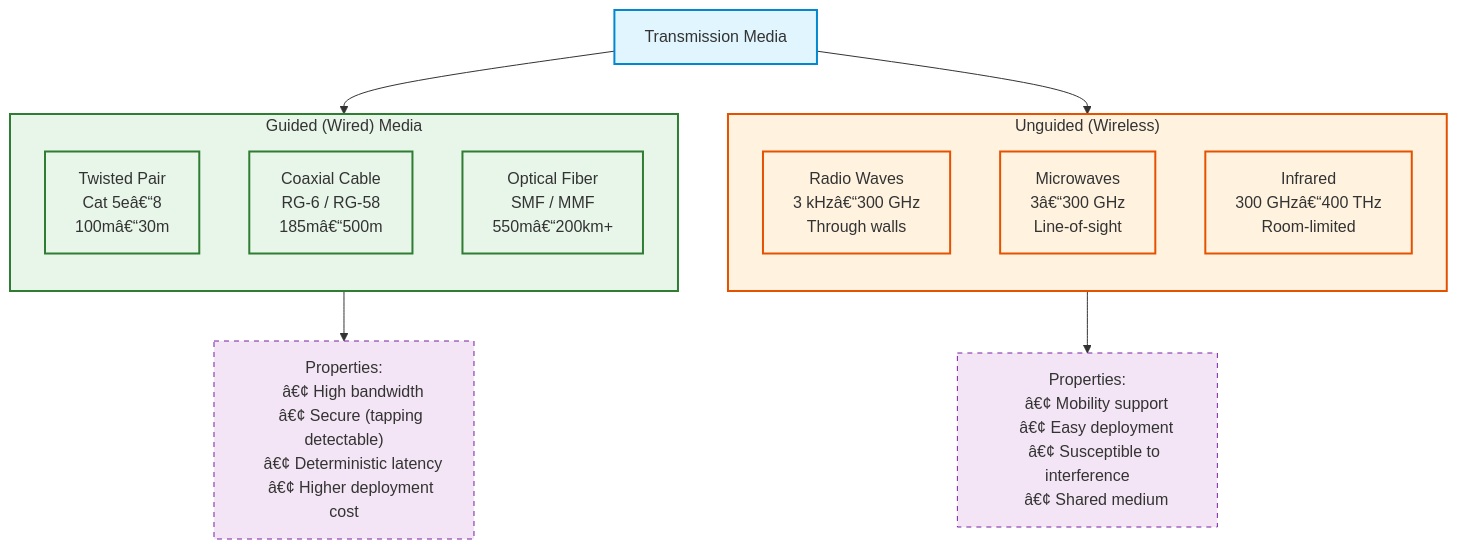
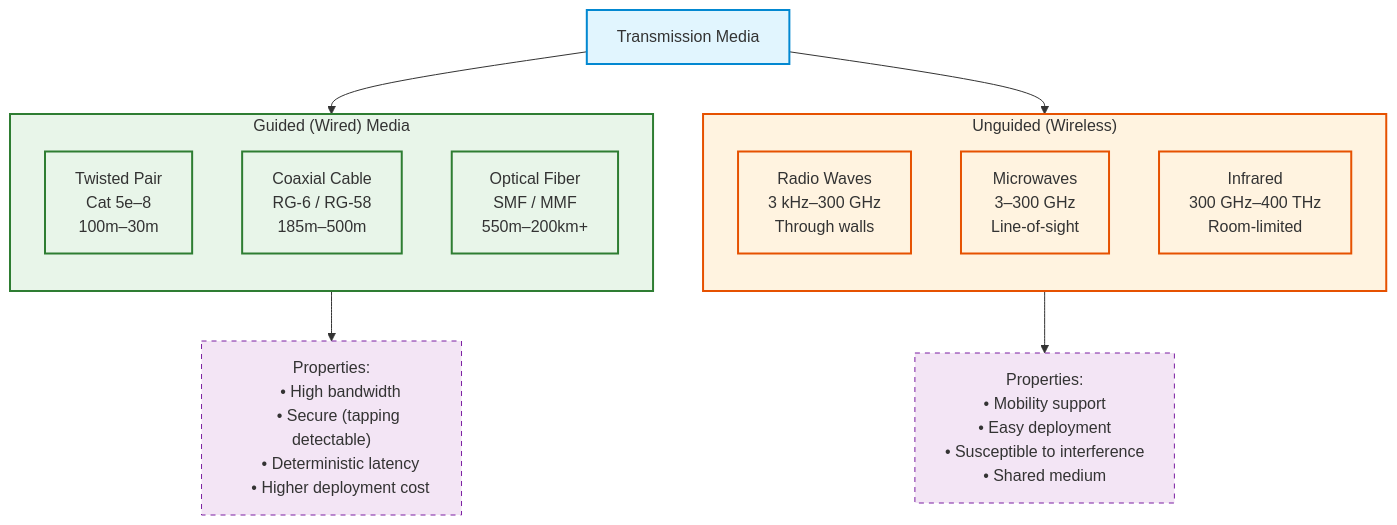
The second of 4 diagrams in docs/courses/computer-networks/02-physical-layer.md (Raushan666java/ai-engineering-journey), drawn with Mermaid before and after one commit. The commit also changed other lines of this file and 965 other files, not shown here.

````diff
--- a/docs/courses/computer-networks/02-physical-layer.md
+++ b/docs/courses/computer-networks/02-physical-layer.md
@@ -79,41 +79,41 @@
 ```mermaid
 flowchart TB
     subgraph Guided["Guided (Wired) Media"]
         direction TB
-        TP["Twisted Pair<br/>Cat 5eâ€“8<br/>100mâ€“30m"]
-        Coax["Coaxial Cable<br/>RG-6 / RG-58<br/>185mâ€“500m"]
-        Fiber["Optical Fiber<br/>SMF / MMF<br/>550mâ€“200km+"]
+        TP["Twisted Pair<br/>Cat 5e–8<br/>100m–30m"]
+        Coax["Coaxial Cable<br/>RG-6 / RG-58<br/>185m–500m"]
+        Fiber["Optical Fiber<br/>SMF / MMF<br/>550m–200km+"]
     end
 
     subgraph Unguided["Unguided (Wireless)"]
         direction TB
-        Radio["Radio Waves<br/>3 kHzâ€“300 GHz<br/>Through walls"]
-        MW["Microwaves<br/>3â€“300 GHz<br/>Line-of-sight"]
-        IR["Infrared<br/>300 GHzâ€“400 THz<br/>Room-limited"]
+        Radio["Radio Waves<br/>3 kHz–300 GHz<br/>Through walls"]
+        MW["Microwaves<br/>3–300 GHz<br/>Line-of-sight"]
+        IR["Infrared<br/>300 GHz–400 THz<br/>Room-limited"]
     end
 
     Media["Transmission Media"] --> Guided
     Media --> Unguided
 
     Guided --> GuidedProps["Properties:
-    â€¢ High bandwidth
-    â€¢ Secure (tapping detectable)
-    â€¢ Deterministic latency
-    â€¢ Higher deployment cost"]
+    • High bandwidth
+    • Secure (tapping detectable)
+    • Deterministic latency
+    • Higher deployment cost"]
 
     Unguided --> UnguidedProps["Properties:
-    â€¢ Mobility support
-    â€¢ Easy deployment
-    â€¢ Susceptible to interference
-    â€¢ Shared medium"]
+    • Mobility support
+    • Easy deployment
+    • Susceptible to interference
+    • Shared medium"]
 
     classDef gui fill:#e8f5e9,stroke:#2e7d32,stroke-width:2px
     classDef ungu fill:#fff3e0,stroke:#e65100,stroke-width:2px
     classDef props fill:#f3e5f5,stroke:#7b1fa2,stroke-width:1px,stroke-dasharray:5
     classDef root fill:#e1f5fe,stroke:#0288d1,stroke-width:2px
 
     class Guided,TP,Coax,Fiber gui
     class Unguided,Radio,MW,IR ungu
     class GuidedProps,UnguidedProps props
     class Media root
 ```
````
